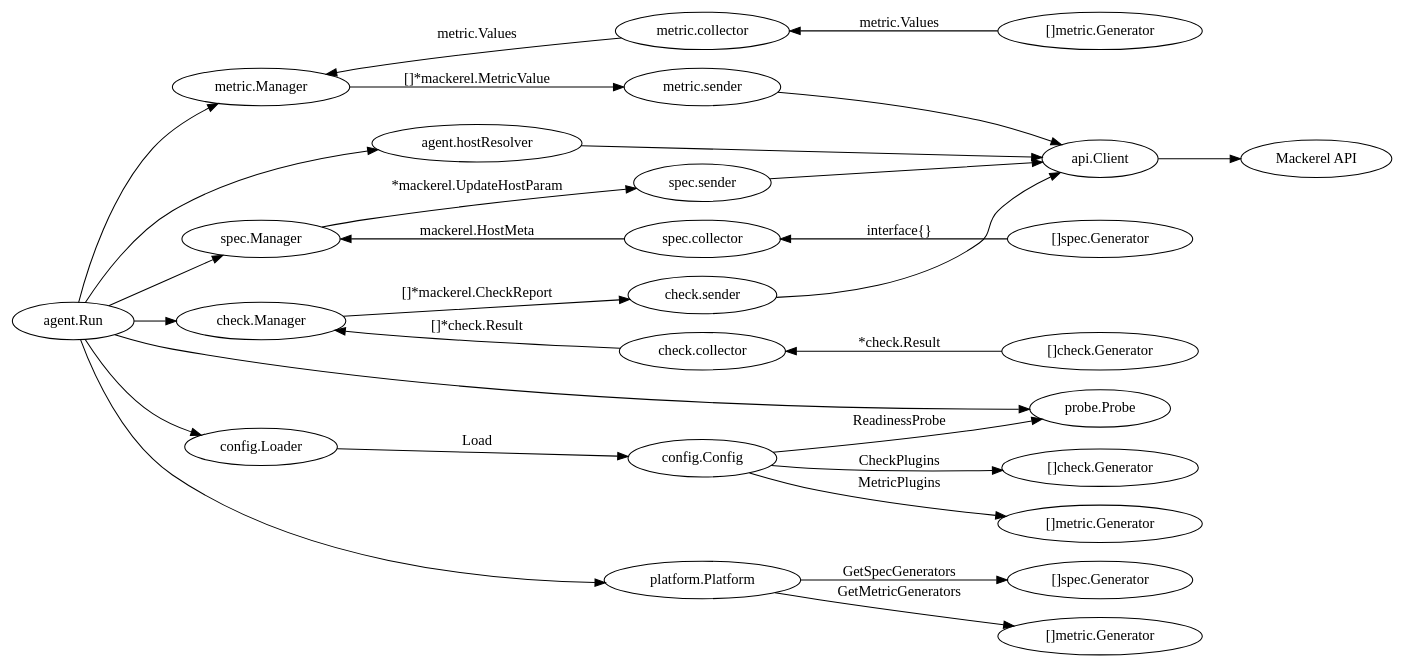
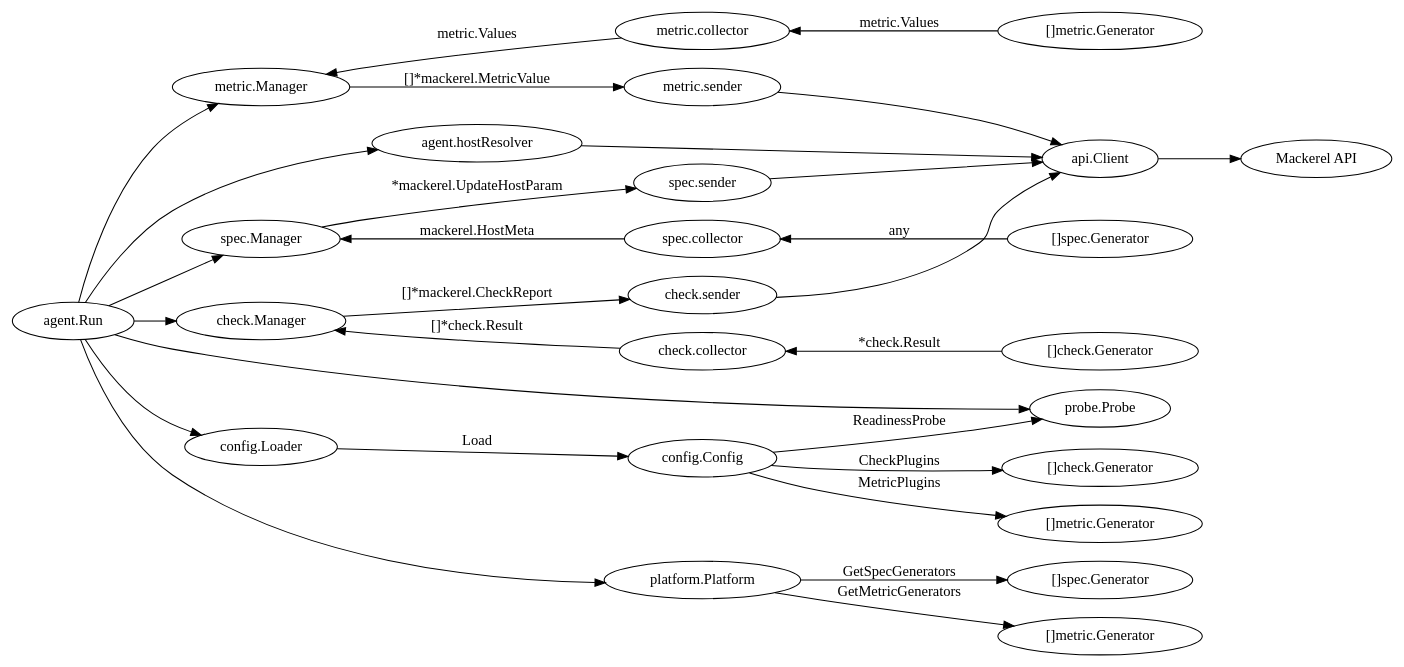
The diagram in docs/architecture.dot (mackerelio/mackerel-container-agent), drawn with Graphviz before and after one commit. The commit also changed 11 other files, not shown here.

Commit message:
replace interface{} to any

```diff
--- a/docs/architecture.dot
+++ b/docs/architecture.dot
@@ -1,64 +1,64 @@
 digraph {
   rankdir=LR;
 
   "agent.Run" -> "metric.Manager";
   "agent.Run" -> "spec.Manager";
   "agent.Run" -> "check.Manager";
   "agent.Run" -> "config.Loader";
   "agent.Run" -> "probe.Probe";
   "agent.Run" -> "platform.Platform";
   "agent.Run" -> "agent.hostResolver";
   "agent.hostResolver" -> "api.Client";
 
   subgraph check {
     label="check";
     "check.Manager" -> "check.collector" [dir=back label="[]*check.Result"];
     "check.collector" -> "[]check.Generator" [dir=back label="*check.Result"];
     "check.Manager" -> "check.sender" [label="[]*mackerel.CheckReport"];
   }
 
   subgraph metric {
     label="metric";
     "metric.Manager" -> "metric.collector" [dir=back label="metric.Values"];
     "metric.collector" -> "[]metric.Generator" [dir=back label="metric.Values"];
     "metric.Manager" -> "metric.sender" [label="[]*mackerel.MetricValue"];
   }
 
   subgraph spec {
     label="spec";
     "spec.Manager" -> "spec.collector" [dir=back label="mackerel.HostMeta"];
-    "spec.collector" -> "[]spec.Generator" [dir=back label="interface{}"];
+    "spec.collector" -> "[]spec.Generator" [dir=back label="any"];
     "spec.Manager" -> "spec.sender" [label="*mackerel.UpdateHostParam"];
   }
 
   subgraph config {
     label="config";
     "config.Loader" -> "config.Config" [label="Load"];
     "config.Config" -> configMetricGenerator [label="MetricPlugins"];
     configMetricGenerator [label="[]metric.Generator"];
     "config.Config" -> configCheckGenerator [label="CheckPlugins"];
     configCheckGenerator[label="[]check.Generator"];
   }
 
   subgraph probe {
     label="probe";
     "config.Config" -> "probe.Probe" [label="ReadinessProbe"];
   }
 
   subgraph platform {
     label="platform";
     "platform.Platform" -> platformMetricGenerator [label="GetMetricGenerators"];
     platformMetricGenerator [label="[]metric.Generator"];
     "platform.Platform" -> platformSpecGenerator [label="GetSpecGenerators"];
     platformSpecGenerator [label="[]spec.Generator"];
   }
 
   { rank=same; "[]metric.Generator"; configMetricGenerator; platformMetricGenerator; }
   { rank=same; "[]check.Generator"; configCheckGenerator; }
   { rank=same; "[]spec.Generator"; platformSpecGenerator; }
 
   "check.sender" -> "api.Client";
   "metric.sender" -> "api.Client";
   "spec.sender" -> "api.Client";
   "api.Client" -> "Mackerel API";
 }
```
